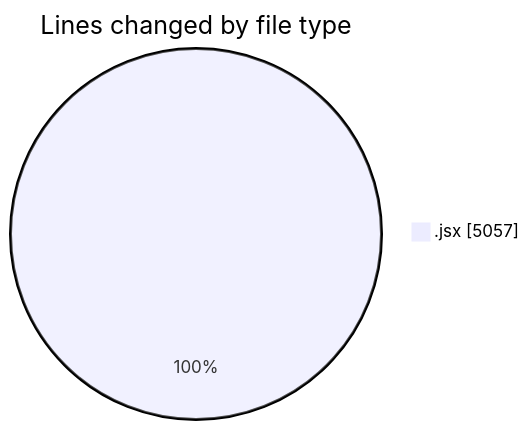
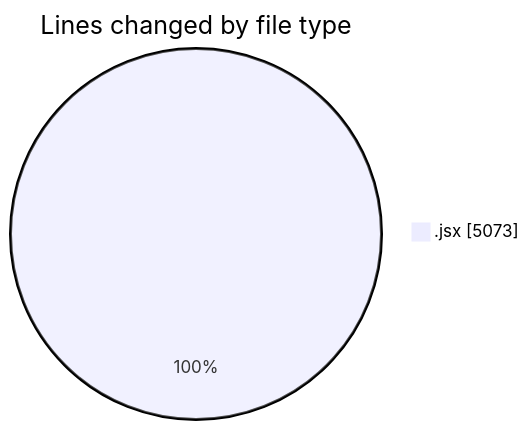
One commit to nxtqubesakshisongat/code-tracking changed the first of 2 diagrams in 2025-10-07/nxtqube_webapp/README.md. Above: the diagram before and after it, drawn with Mermaid. The commit also changed other lines of this file and 1 other file, not shown here.

````diff
--- a/2025-10-07/nxtqube_webapp/README.md
+++ b/2025-10-07/nxtqube_webapp/README.md
@@ -23,5 +23,5 @@
 ```mermaid
 pie showData
 title Lines changed by file type
-".jsx" : 5057
+".jsx" : 5073
 ```
````
